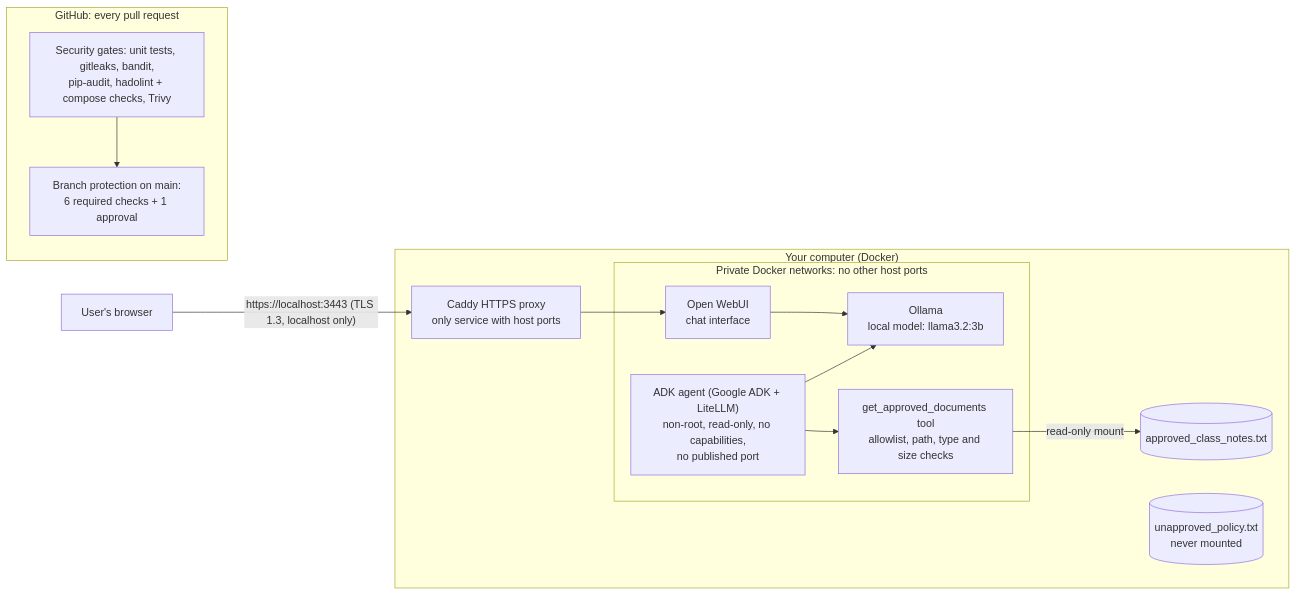
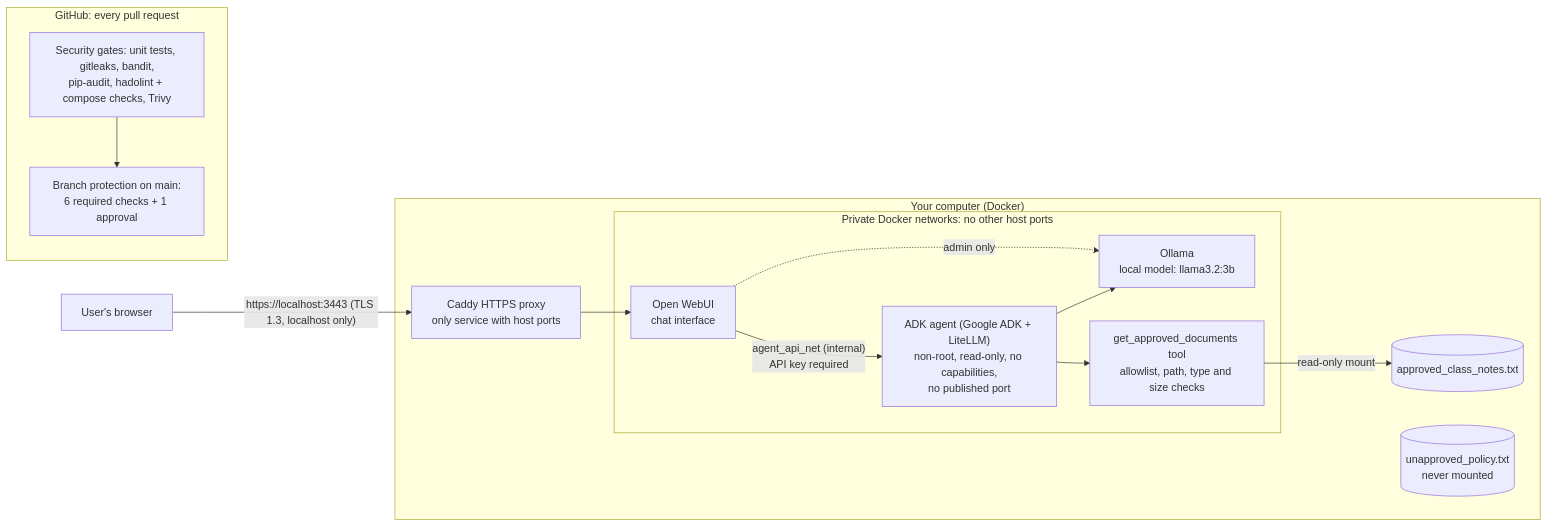
One commit to sophilyn/csec2300_G--ForceX changed the diagram in README.md. Above: the diagram before and after it, drawn with Mermaid. The commit also changed other lines of this file and 15 other files, not shown here.

First line of the commit message:
Connect Open WebUI to the ADK agent: chats use the document allowlist

````diff
--- a/README.md
+++ b/README.md
@@ -11,19 +11,20 @@
 ```mermaid
 flowchart LR
     User["User's browser"] -->|"https://localhost:3443 (TLS 1.3, localhost only)"| Proxy
 
     subgraph Host["Your computer (Docker)"]
         Proxy["Caddy HTTPS proxy<br/>only service with host ports"] --> WebUI
         subgraph Net["Private Docker networks: no other host ports"]
-            WebUI["Open WebUI<br/>chat interface"] --> Ollama["Ollama<br/>local model: llama3.2:3b"]
+            WebUI["Open WebUI<br/>chat interface"] -->|"agent_api_net (internal)<br/>API key required"| Agent
+            WebUI -.->|"admin only"| Ollama["Ollama<br/>local model: llama3.2:3b"]
             Agent["ADK agent (Google ADK + LiteLLM)<br/>non-root, read-only, no capabilities,<br/>no published port"] --> Ollama
             Agent --> Tool["get_approved_documents tool<br/>allowlist, path, type and size checks"]
         end
         Tool -->|"read-only mount"| Approved[("approved_class_notes.txt")]
         Unapproved[("unapproved_policy.txt<br/>never mounted")]
     end
 
     subgraph GitHub["GitHub: every pull request"]
         CI["Security gates: unit tests, gitleaks, bandit,<br/>pip-audit, hadolint + compose checks, Trivy"] --> Protect["Branch protection on main:<br/>6 required checks + 1 approval"]
     end
 ```
````
